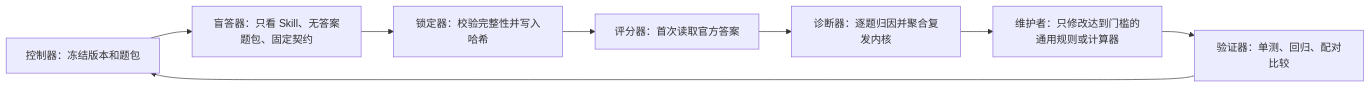
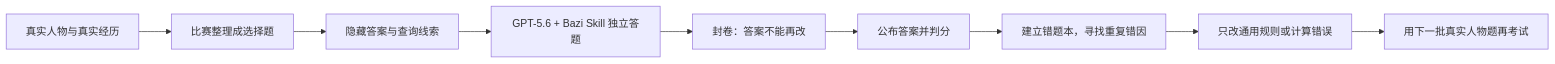
One commit to guojiahh/afei-destiny-skill changed the diagram in docs/EVALUATION_AND_ITERATION_METHOD.md. Above: the diagram before and after it, drawn with Mermaid. The commit also changed other lines of this file, not shown here.

````diff
--- a/docs/EVALUATION_AND_ITERATION_METHOD.md
+++ b/docs/EVALUATION_AND_ITERATION_METHOD.md
@@ -50,10 +36,11 @@
 ```mermaid
 flowchart LR
-    A["控制器：冻结版本和题包"] --> B["盲答器：只看 Skill、无答案题包、固定契约"]
-    B --> C["锁定器：校验完整性并写入哈希"]
-    C --> D["评分器：首次读取官方答案"]
-    D --> E["诊断器：逐题归因并聚合复发内核"]
-    E --> F["维护者：只修改达到门槛的通用规则或计算器"]
-    F --> G["验证器：单测、回归、配对比较"]
-    G --> A
+    A["真实人物与真实经历"] --> B["比赛整理成选择题"]
+    B --> C["隐藏答案与查询线索"]
+    C --> D["GPT-5.6 + Bazi Skill 独立答题"]
+    D --> E["封卷：答案不能再改"]
+    E --> F["公布答案并判分"]
+    F --> G["建立错题本，寻找重复错因"]
+    G --> H["只改通用规则或计算错误"]
+    H --> I["用下一批真实人物题再考试"]
 ```
````
